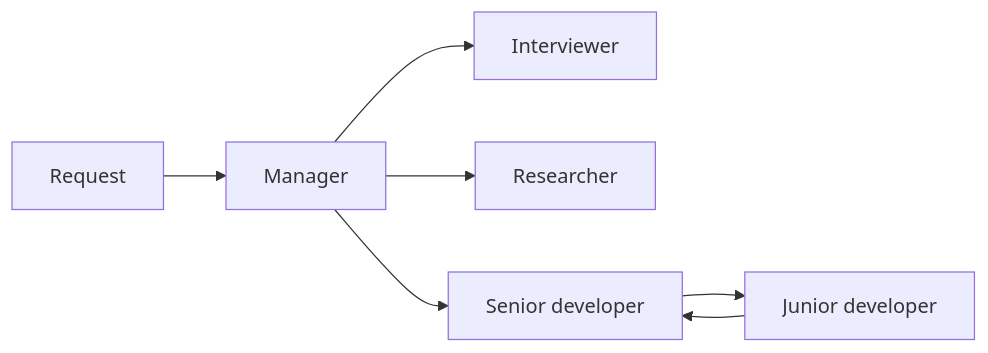
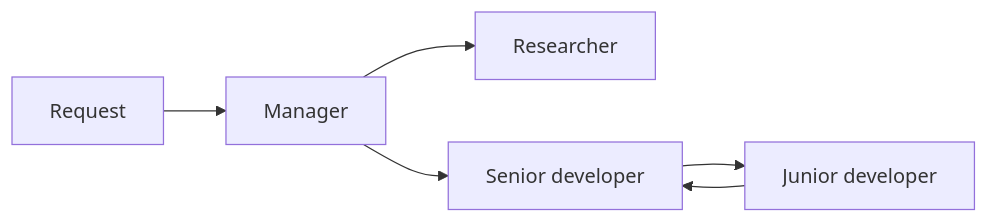
Before and after one commit to snowmerak/q: the diagram in README.md, drawn with Mermaid. The commit also changed other lines of this file and 43 other files, not shown here.

````diff
--- a/README.md
+++ b/README.md
@@ -422,9 +422,8 @@
 ```mermaid
 flowchart LR
     U[Request] --> M[Manager]
-    M --> I[Interviewer]
     M --> R[Researcher]
     M --> S[Senior developer]
     S --> J[Junior developer]
     J --> S
 ```
````
